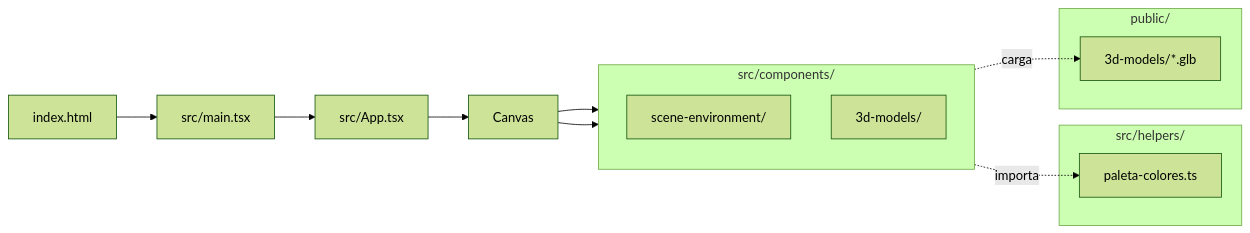
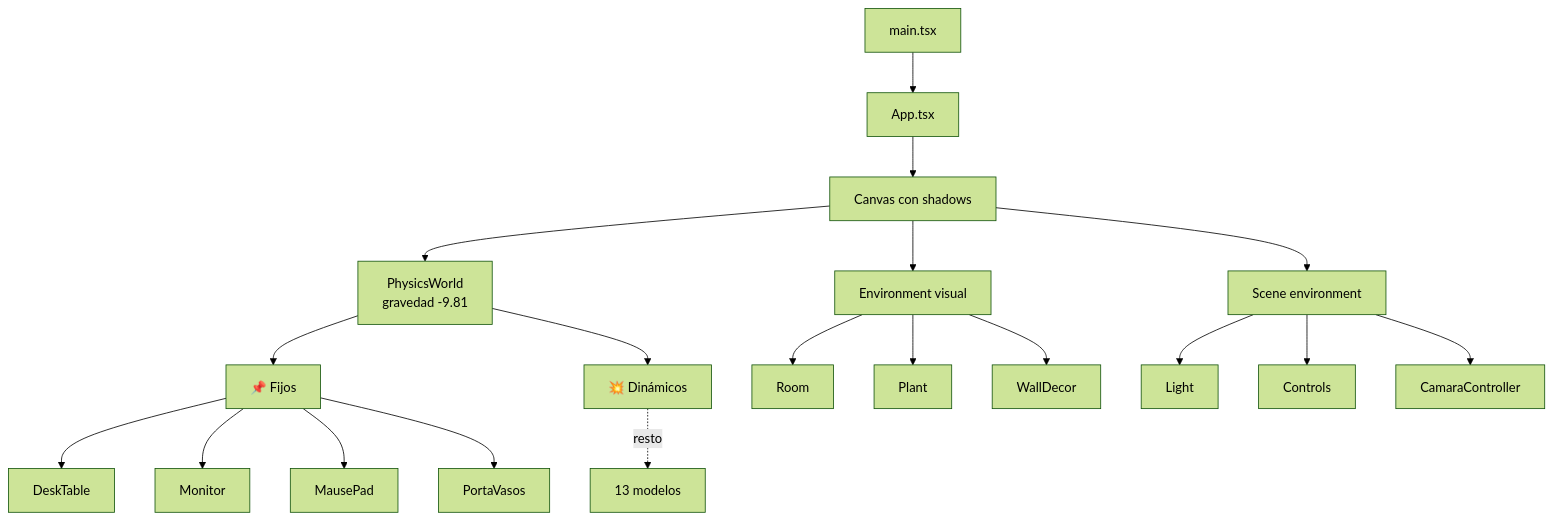
One commit to Palcojulian/portafolio changed the diagram in docs/01-arquitectura/estructura-carpetas.md. Above: the diagram before and after it, drawn with Mermaid (forest theme). The commit also changed other lines of this file and 7 other files, not shown here.

````diff
--- a/docs/01-arquitectura/estructura-carpetas.md
+++ b/docs/01-arquitectura/estructura-carpetas.md
@@ -152,28 +108,25 @@
 ```mermaid
-graph LR
-    HTML[index.html] --> Main[src/main.tsx]
-    Main --> App[src/App.tsx]
+graph TB
+    Main[main.tsx] --> App[App.tsx]
+    App --> Canvas[Canvas con shadows]
 
-    App --> Canvas
+    Canvas --> Physics[PhysicsWorld<br/>gravedad -9.81]
+    Canvas --> Env[Environment visual]
+    Canvas --> Scene[Scene environment]
 
-    subgraph Components[src/components/]
-        direction TB
-        Env[scene-environment/]
-        Models[3d-models/]
-    end
+    Physics --> Fixed[📌 Fijos]
+    Physics --> Dynamic[💥 Dinámicos]
+    Fixed --> DeskTable
+    Fixed --> Monitor
+    Fixed --> MausePad
+    Fixed --> PortaVasos
+    Dynamic -.->|resto| Models13[13 modelos]
 
-    Canvas --> Env
-    Canvas --> Models
+    Env --> Room
+    Env --> Plant
+    Env --> WallDecor
 
-    subgraph Helpers[src/helpers/]
-        Paleta[paleta-colores.ts]
-    end
-
-    Models -.importa.-> Paleta
-
-    subgraph Public[public/]
-        GLB[3d-models/*.glb]
-    end
-
-    Models -.carga.-> GLB
+    Scene --> Light
+    Scene --> Controls
+    Scene --> CamaraController
 ```
````
